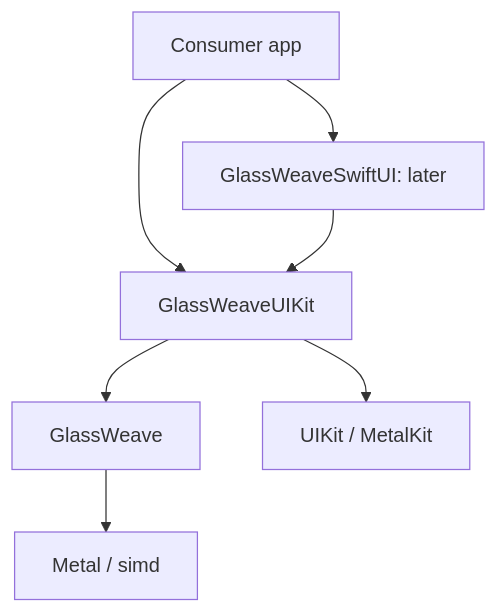
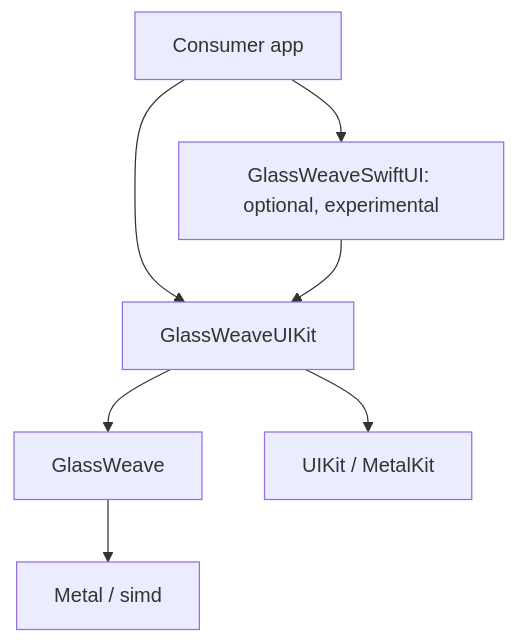
The first of 2 diagrams in docs/architecture.md (Mitternacht/GlassWeave), drawn with Mermaid before and after one commit. The commit also changed other lines of this file and 12 other files, not shown here.

````diff
--- a/docs/architecture.md
+++ b/docs/architecture.md
@@ -33,9 +33,9 @@
 ```mermaid
 flowchart TD
     APP[Consumer app] --> UI[GlassWeaveUIKit]
-    APP --> SW[GlassWeaveSwiftUI: later]
+    APP --> SW[GlassWeaveSwiftUI: optional, experimental]
     SW --> UI
     UI --> CORE[GlassWeave]
     CORE --> METAL[Metal / simd]
     UI --> KIT[UIKit / MetalKit]
 ```
````
